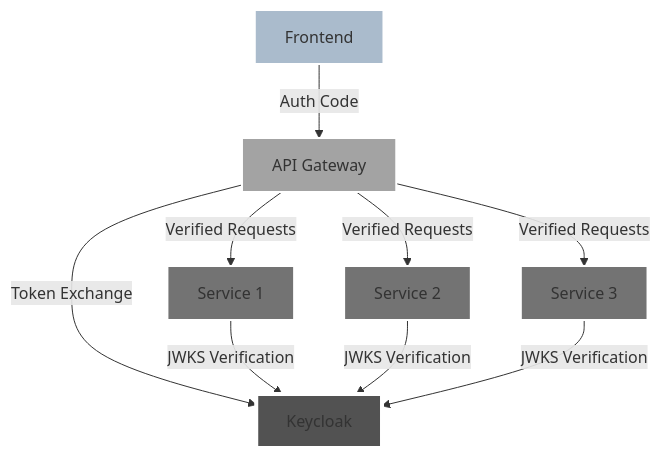
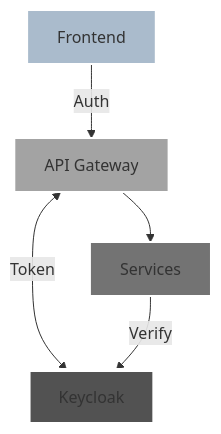
One commit to Iteam1337/poc-sso changed the third of 3 diagrams in blog-post.md. Above: the diagram before and after it, drawn with Mermaid. The commit also changed other lines of this file, not shown here.

Commit message:
refactor: Simplify Mermaid charts for improved readability

````diff
--- a/blog-post.md
+++ b/blog-post.md
@@ -284,18 +276,12 @@
 ```mermaid
 graph TD
-    A[Frontend] -->|Auth Code| B[API Gateway]
-    B -->|Token Exchange| K[Keycloak]
-    B -->|Verified Requests| C[Service 1]
-    B -->|Verified Requests| D[Service 2]
-    B -->|Verified Requests| E[Service 3]
-    C -->|JWKS Verification| K
-    D -->|JWKS Verification| K
-    E -->|JWKS Verification| K
+    A[Frontend] -->|Auth| B[API Gateway]
+    B <-->|Token| K[Keycloak]
+    B --> C[Services]
+    C -->|Verify| K
 
     style A fill:#aabbcc,stroke:#ffffff,stroke-width:2px
     style B fill:#a3a3a3,stroke:#ffffff,stroke-width:2px
     style K fill:#525252,stroke:#ffffff,stroke-width:4px
     style C fill:#737373,stroke:#ffffff,stroke-width:2px
-    style D fill:#737373,stroke:#ffffff,stroke-width:2px
-    style E fill:#737373,stroke:#ffffff,stroke-width:2px
 ```
````
